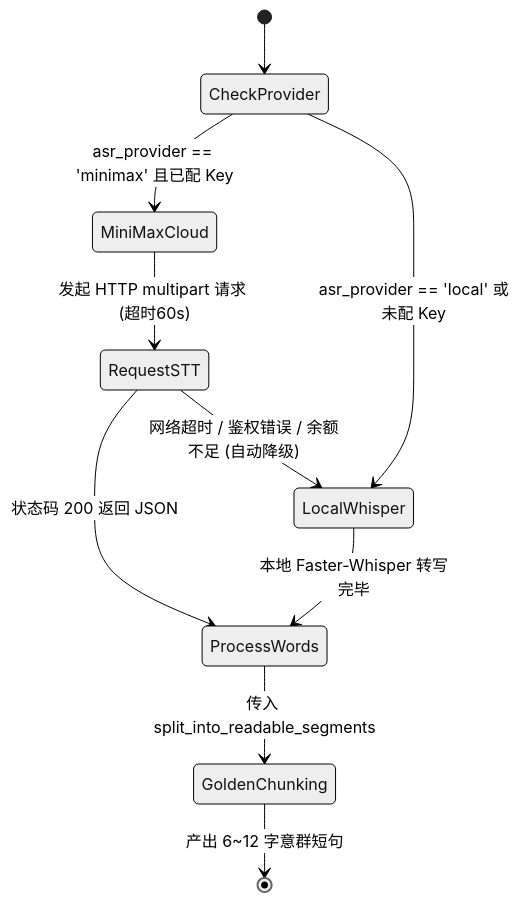
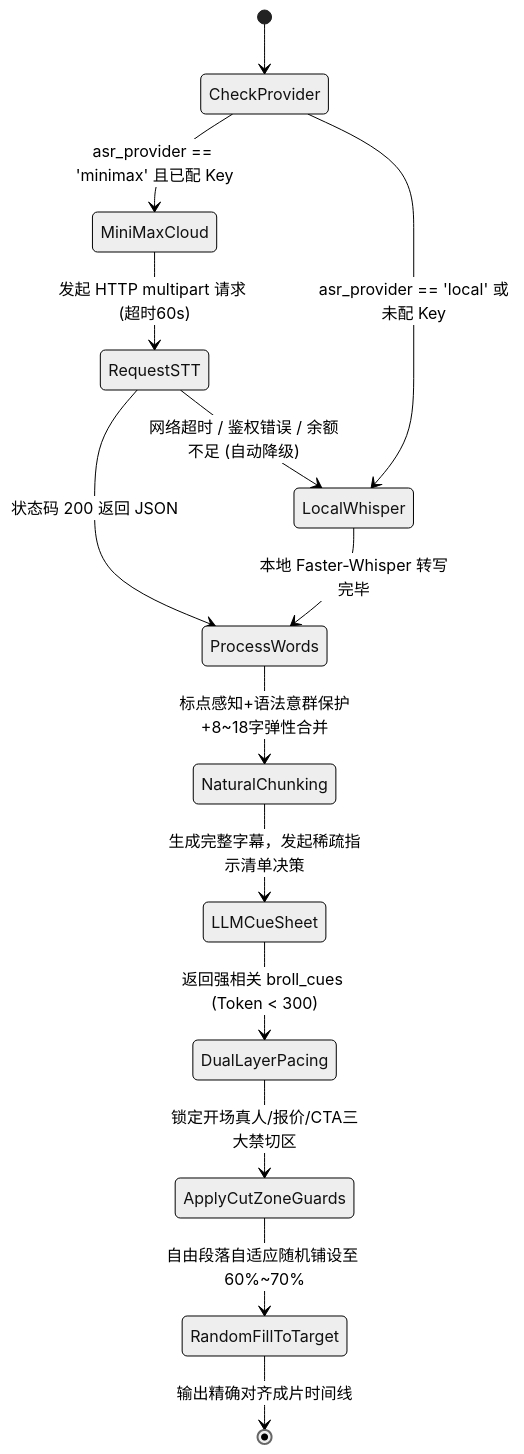
One commit to zioncessss/video_cut changed the second of 2 diagrams in specs/006-minimax-asr-llm/data-model.md. Above: the diagram before and after it, drawn with Mermaid (neutral theme). The commit also changed other lines of this file and 18 other files, not shown here.

````diff
--- a/specs/006-minimax-asr-llm/data-model.md
+++ b/specs/006-minimax-asr-llm/data-model.md
@@ -93,14 +129,18 @@
 ```mermaid
 stateDiagram-v2
     [*] --> CheckProvider
     CheckProvider --> MiniMaxCloud : asr_provider == 'minimax' 且已配 Key
     CheckProvider --> LocalWhisper : asr_provider == 'local' 或未配 Key
     
     MiniMaxCloud --> RequestSTT : 发起 HTTP multipart 请求 (超时60s)
     RequestSTT --> ProcessWords : 状态码 200 返回 JSON
     RequestSTT --> LocalWhisper : 网络超时 / 鉴权错误 / 余额不足 (自动降级)
     
     LocalWhisper --> ProcessWords : 本地 Faster-Whisper 转写完毕
-    ProcessWords --> GoldenChunking : 传入 split_into_readable_segments
-    GoldenChunking --> [*] : 产出 6~12 字意群短句
+    ProcessWords --> NaturalChunking : 标点感知+语法意群保护+8~18字弹性合并
+    NaturalChunking --> LLMCueSheet : 生成完整字幕，发起稀疏指示清单决策
+    LLMCueSheet --> DualLayerPacing : 返回强相关 broll_cues (Token < 300)
+    DualLayerPacing --> ApplyCutZoneGuards : 锁定开场真人/报价/CTA三大禁切区
+    ApplyCutZoneGuards --> RandomFillToTarget : 自由段落自适应随机铺设至 60%~70%
+    RandomFillToTarget --> [*] : 输出精确对齐成片时间线
 ```
````
